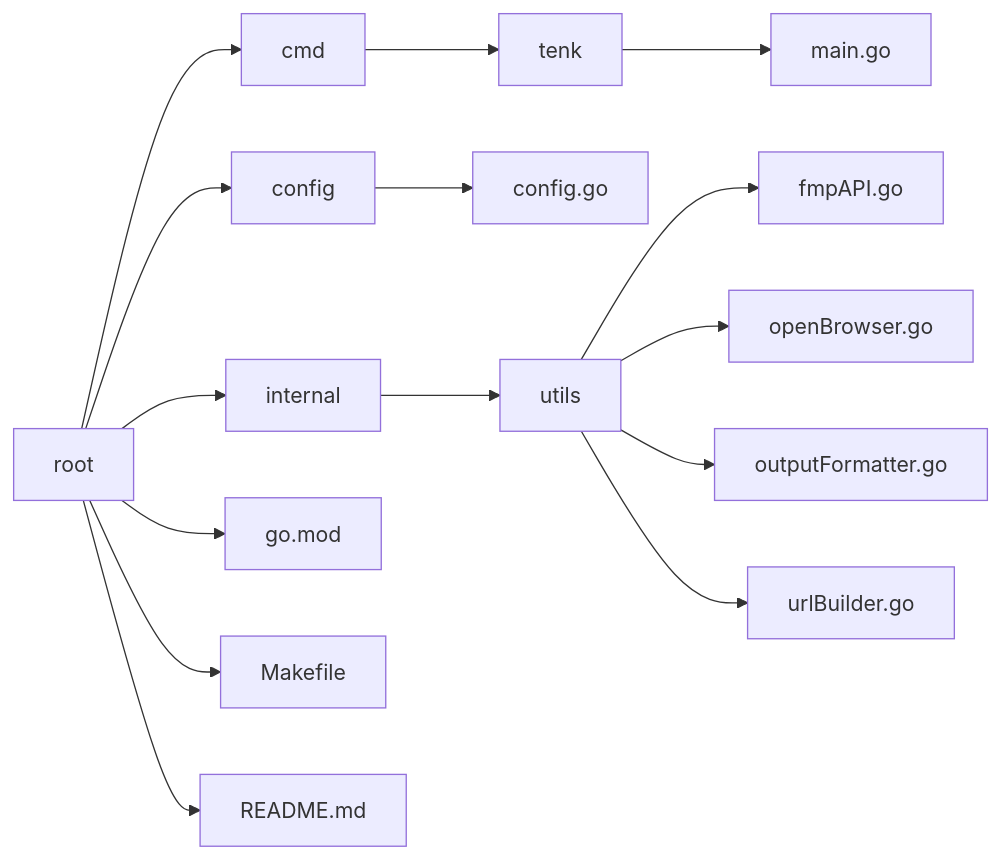
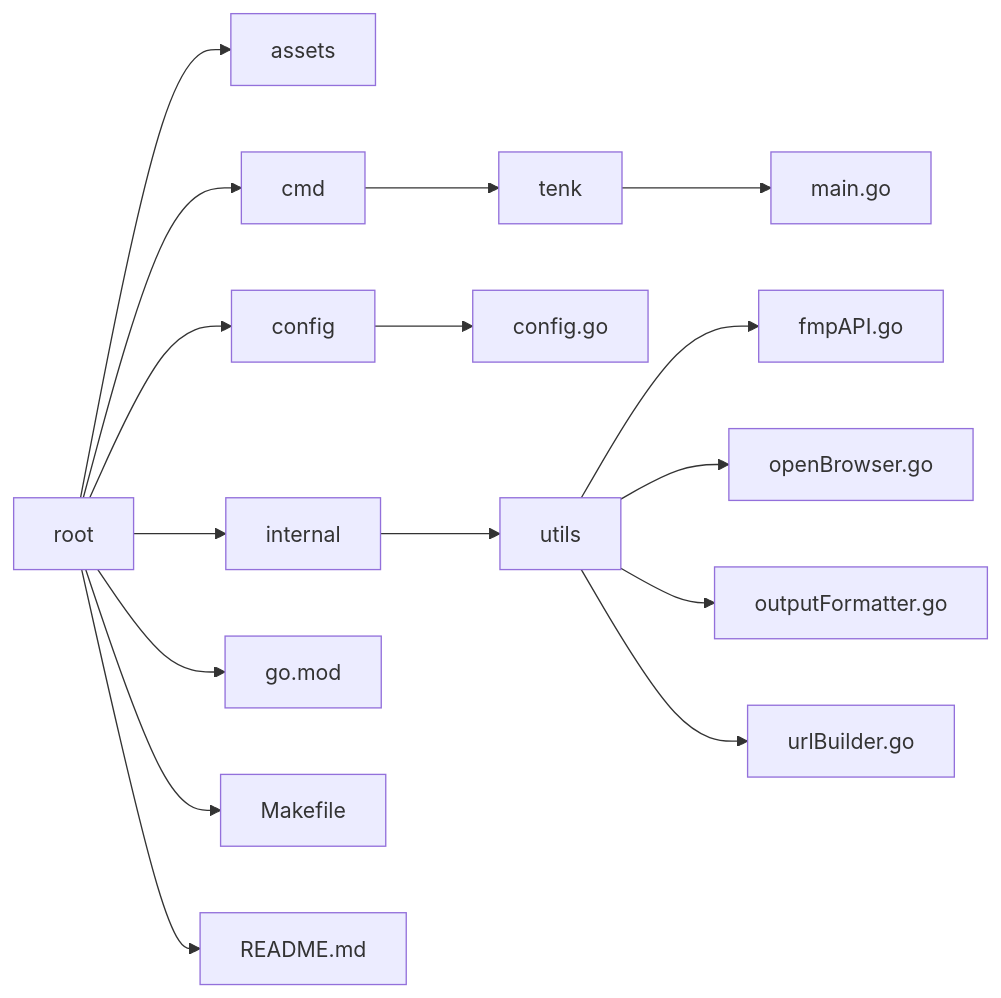
One commit to mmclinton/tenk changed the diagram in README.md. Above: the diagram before and after it, drawn with Mermaid.

````diff
--- a/README.md
+++ b/README.md
@@ -53,18 +53,19 @@
 ```mermaid
 graph LR;
     root[root]
+    root --> assets
     root --> cmd
     root --> config
     root --> internal
     root --> go.mod
     root --> Makefile
     root --> README.md
     cmd --> tenk
     tenk --> main.go
     config --> config.go
     internal --> utils
     utils --> fmpAPI.go
     utils --> openBrowser.go
     utils --> outputFormatter.go
     utils --> urlBuilder.go
 ```
````
